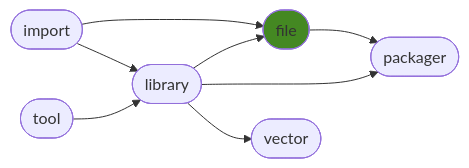
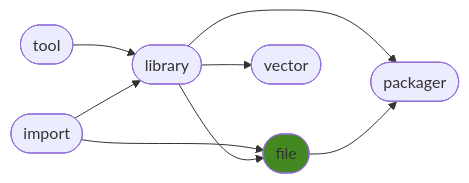
Before and after one commit to ManderaGeneral/generalfile: the diagram in README.md, drawn with Mermaid. The commit also changed other lines of this file and 1 other file, not shown here.

````diff
--- a/README.md
+++ b/README.md
@@ -24,17 +24,17 @@
 ```mermaid
 flowchart LR
+2([library]) --> 5([packager])
+1([tool]) --> 2([library])
+2([library]) --> 4([vector])
+0([import]) --> 3([file])
 2([library]) --> 3([file])
 3([file]) --> 5([packager])
-1([tool]) --> 2([library])
-2([library]) --> 5([packager])
-0([import]) --> 3([file])
-2([library]) --> 4([vector])
 0([import]) --> 2([library])
 click 0 "https://github.com/ManderaGeneral/generalimport"
 click 1 "https://github.com/ManderaGeneral/generaltool"
 click 2 "https://github.com/ManderaGeneral/generallibrary"
 click 3 "https://github.com/ManderaGeneral/generalfile"
 click 4 "https://github.com/ManderaGeneral/generalvector"
 click 5 "https://github.com/ManderaGeneral/generalpackager"
 style 3 fill:#482
 ```
````
